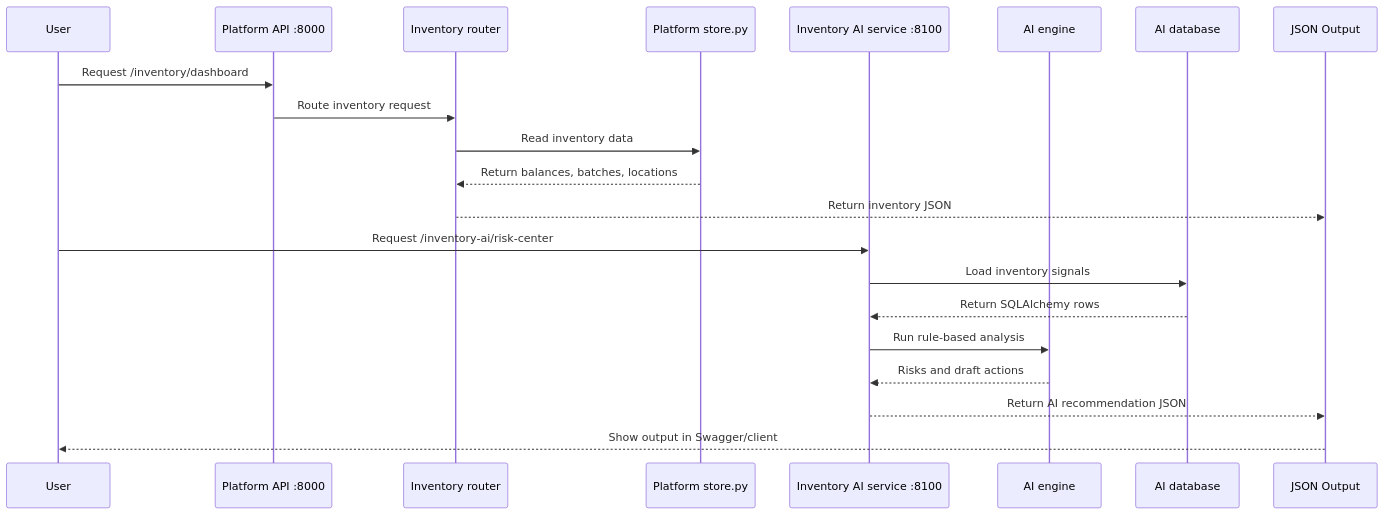
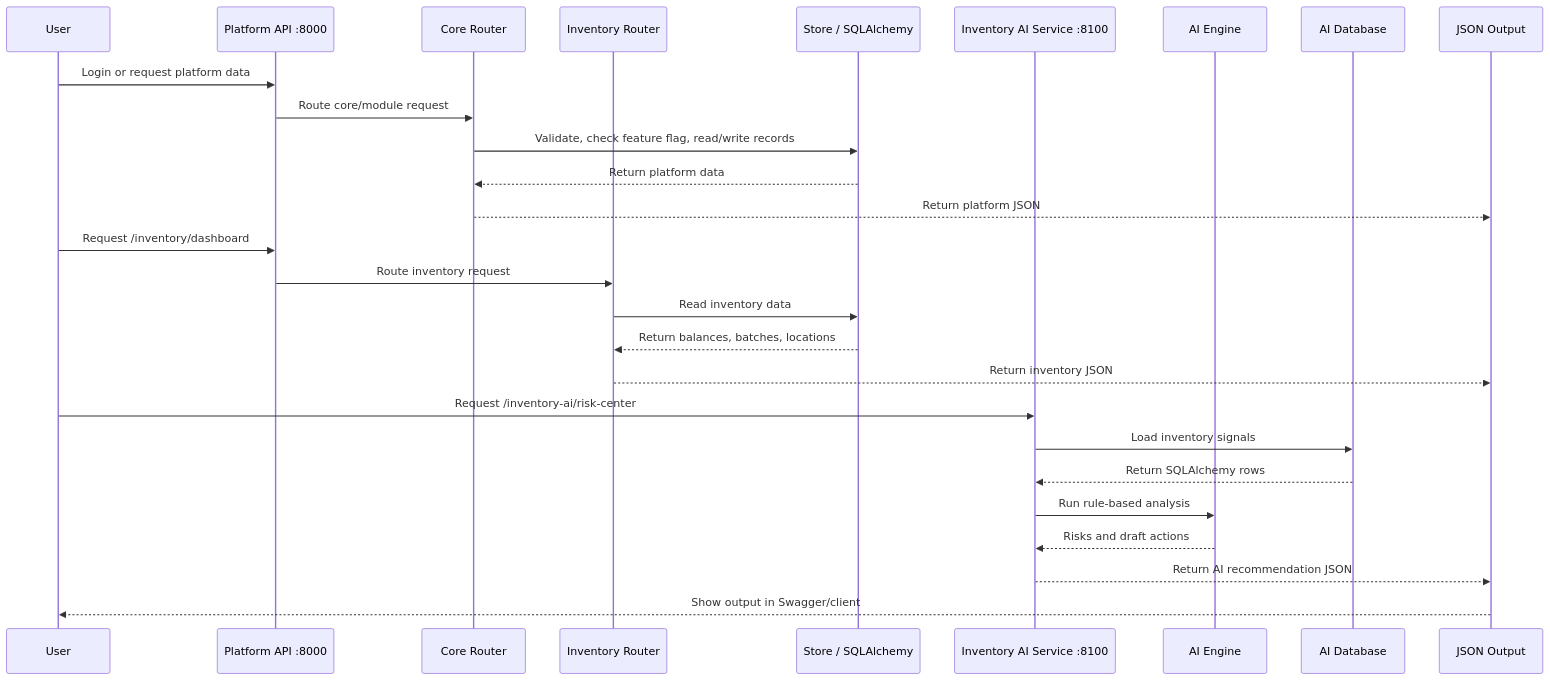
Before and after one commit to vinodreddy1999/manufacturing-operations-platform: the fifth of 6 diagrams in docs/end-to-end-scheme.md, drawn with Mermaid. The commit also changed other lines of this file, not shown here.

Commit message:
Update end-to-end platform scheme

````diff
--- a/docs/end-to-end-scheme.md
+++ b/docs/end-to-end-scheme.md
@@ -169,25 +237,32 @@
 ```mermaid
 sequenceDiagram
     participant U as User
     participant P as Platform API :8000
-    participant I as Inventory router
-    participant S as Platform store.py
-    participant A as Inventory AI service :8100
-    participant E as AI engine
-    participant D as AI database
+    participant C as Core Router
+    participant I as Inventory Router
+    participant S as Store / SQLAlchemy
+    participant A as Inventory AI Service :8100
+    participant E as AI Engine
+    participant D as AI Database
     participant O as JSON Output
+
+    U->>P: Login or request platform data
+    P->>C: Route core/module request
+    C->>S: Validate, check feature flag, read/write records
+    S-->>C: Return platform data
+    C-->>O: Return platform JSON
 
     U->>P: Request /inventory/dashboard
     P->>I: Route inventory request
     I->>S: Read inventory data
     S-->>I: Return balances, batches, locations
     I-->>O: Return inventory JSON
 
     U->>A: Request /inventory-ai/risk-center
     A->>D: Load inventory signals
     D-->>A: Return SQLAlchemy rows
     A->>E: Run rule-based analysis
     E-->>A: Risks and draft actions
     A-->>O: Return AI recommendation JSON
     O-->>U: Show output in Swagger/client
 ```
````
